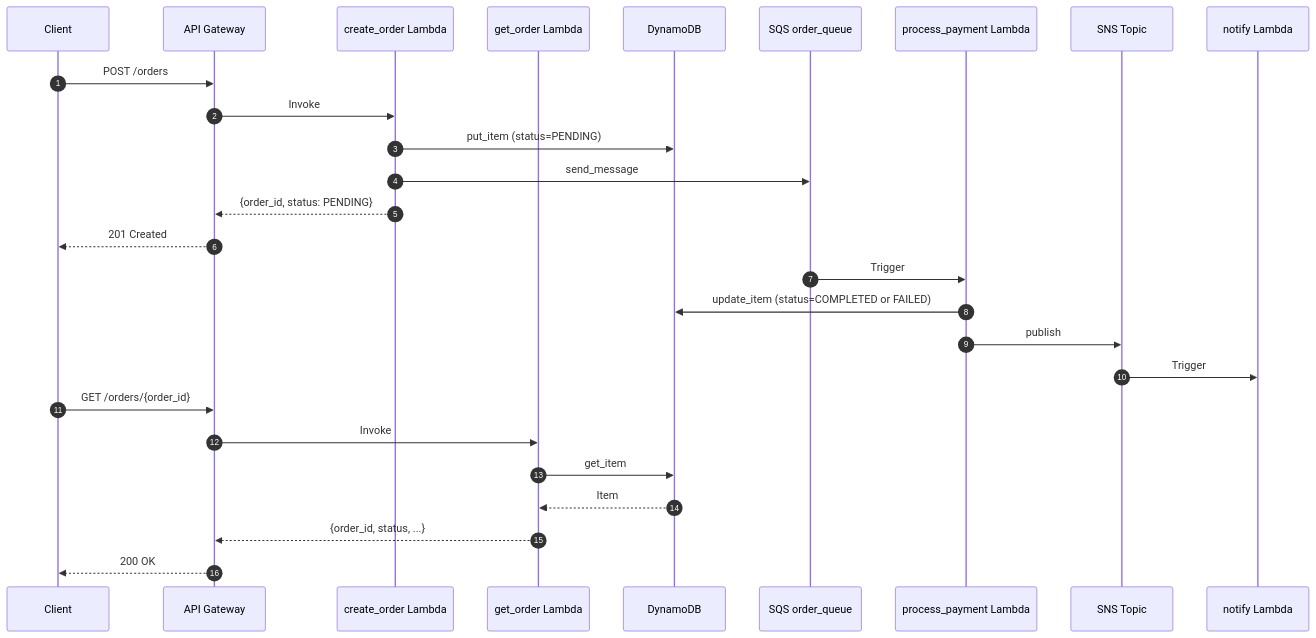
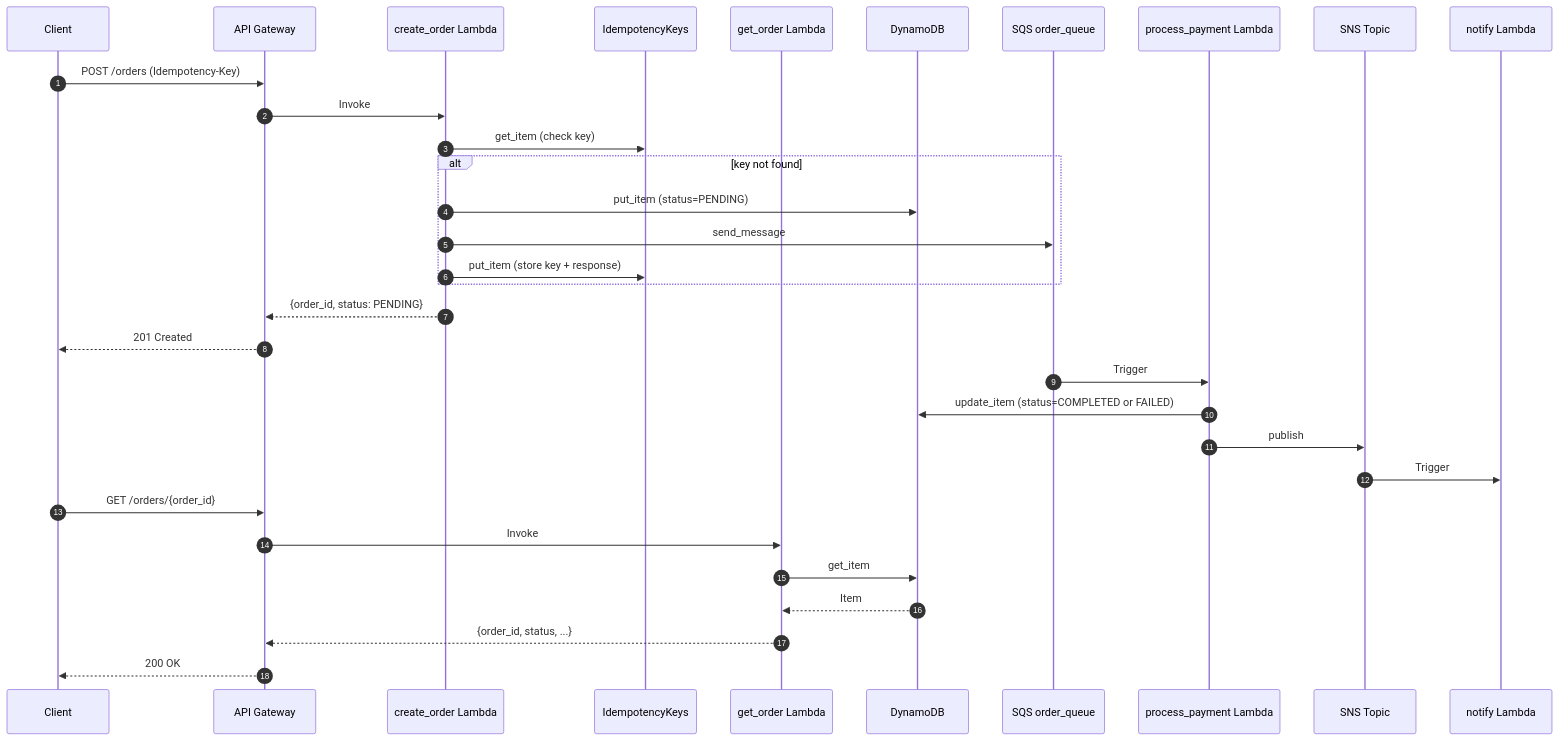
The diagram in docs/e2e-flow.mmd (krishna-kaushal/aws-order-pipeline), drawn with Mermaid before and after one commit. The commit also changed 5 other files, not shown here.

Commit message:
feat: add idempotency keys for POST /orders

```diff
--- a/docs/e2e-flow.mmd
+++ b/docs/e2e-flow.mmd
@@ -1,30 +1,35 @@
 sequenceDiagram
     autonumber
     participant C as Client
     participant AG as API Gateway
     participant CO as create_order Lambda
+    participant IK as IdempotencyKeys
     participant GO as get_order Lambda
     participant DB as DynamoDB
     participant Q as SQS order_queue
     participant PP as process_payment Lambda
     participant SNS as SNS Topic
     participant N as notify Lambda
 
-    C->>AG: POST /orders
+    C->>AG: POST /orders (Idempotency-Key)
     AG->>CO: Invoke
-    CO->>DB: put_item (status=PENDING)
-    CO->>Q: send_message
+    CO->>IK: get_item (check key)
+    alt key not found
+        CO->>DB: put_item (status=PENDING)
+        CO->>Q: send_message
+        CO->>IK: put_item (store key + response)
+    end
     CO-->>AG: {order_id, status: PENDING}
     AG-->>C: 201 Created
 
     Q->>PP: Trigger
     PP->>DB: update_item (status=COMPLETED or FAILED)
     PP->>SNS: publish
     SNS->>N: Trigger
 
     C->>AG: GET /orders/{order_id}
     AG->>GO: Invoke
     GO->>DB: get_item
     DB-->>GO: Item
     GO-->>AG: {order_id, status, ...}
     AG-->>C: 200 OK
```
